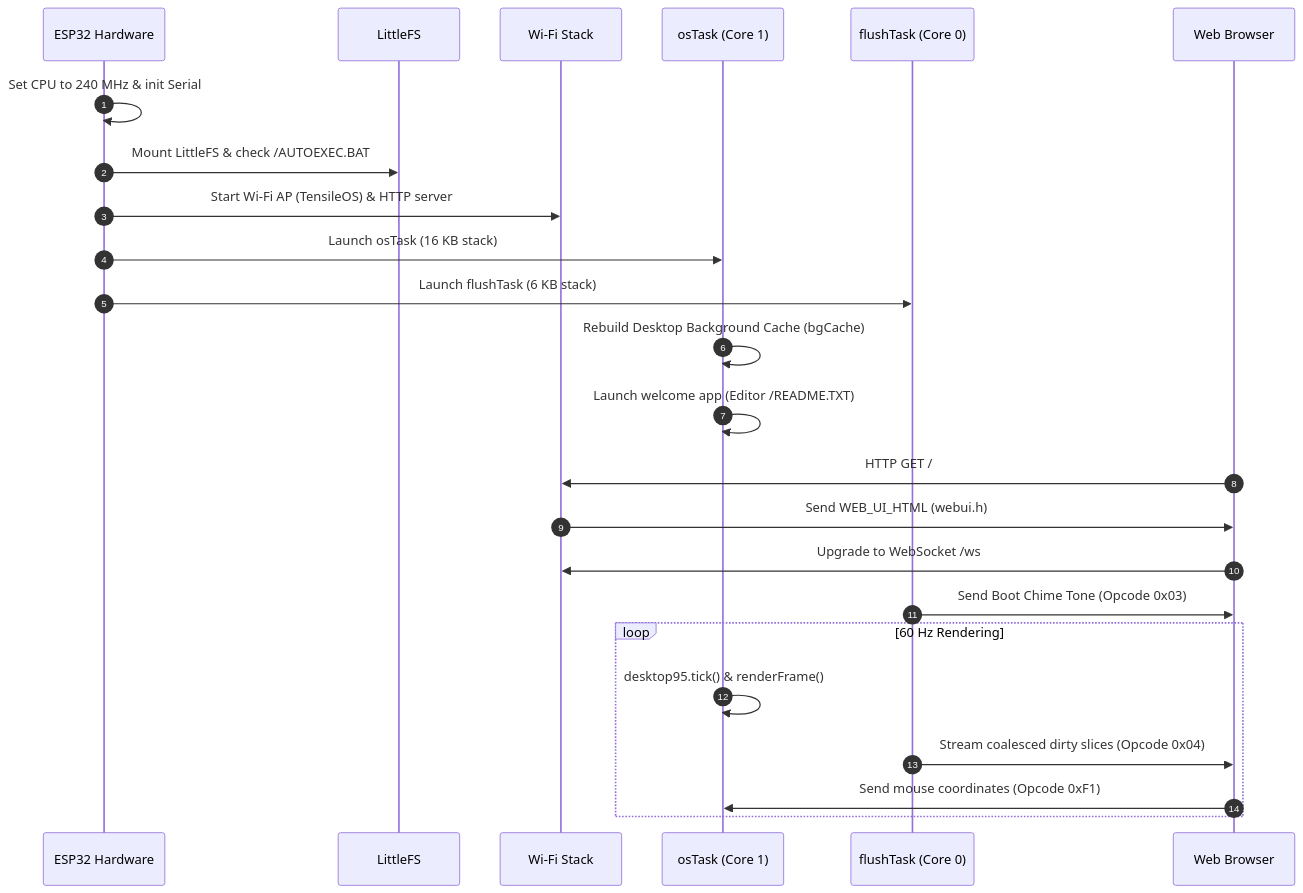
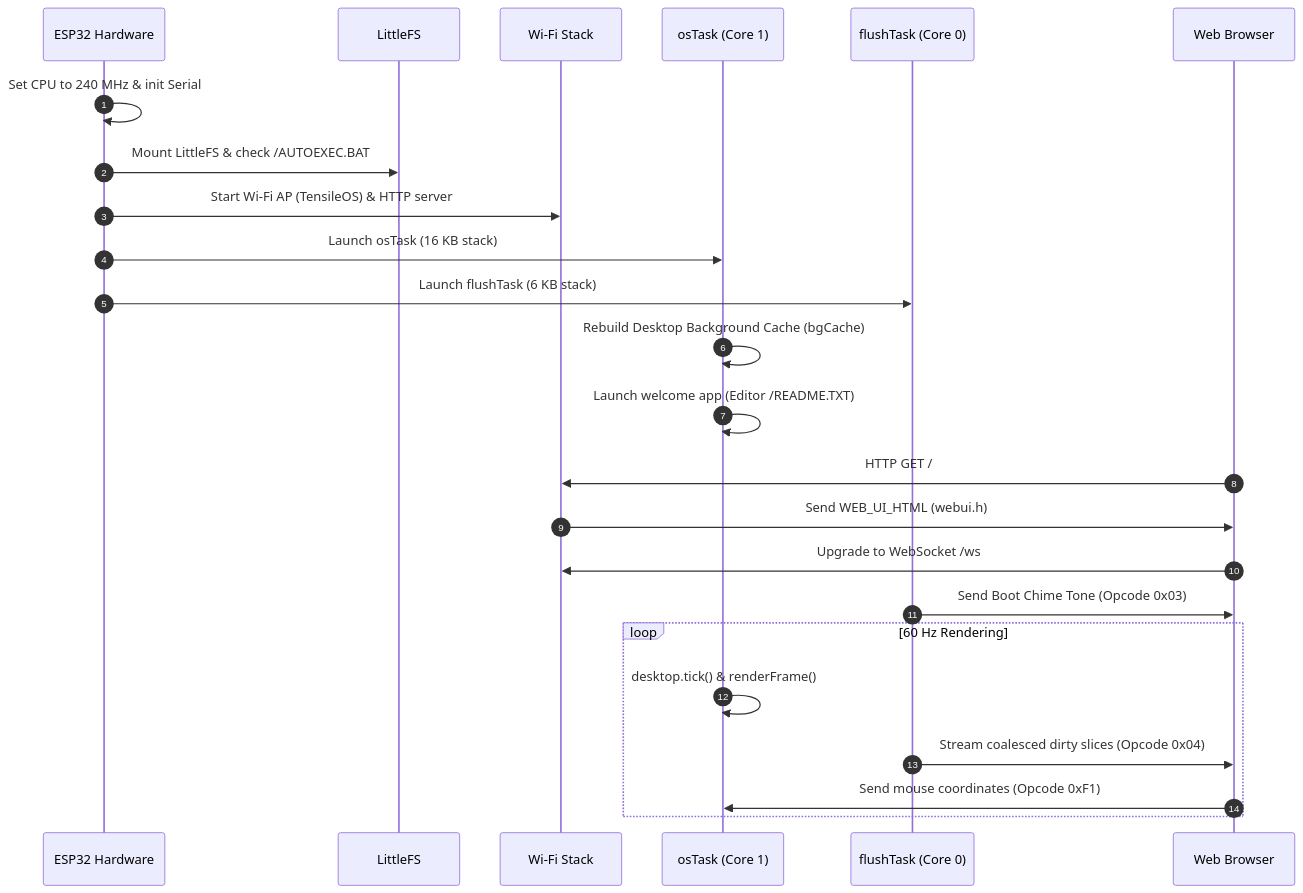
The second of 2 diagrams in docs/architecture.md (siddharth-fr/TensileOS), drawn with Mermaid before and after one commit. The commit also changed other lines of this file and 6 other files, not shown here.

````diff
--- a/docs/architecture.md
+++ b/docs/architecture.md
@@ -80,27 +80,27 @@
 ```mermaid
 sequenceDiagram
     autonumber
     participant ESP as ESP32 Hardware
     participant FS as LittleFS
     participant Net as Wi-Fi Stack
     participant Core1 as osTask (Core 1)
     participant Core0 as flushTask (Core 0)
     participant Client as Web Browser
 
     ESP->>ESP: Set CPU to 240 MHz & init Serial
     ESP->>FS: Mount LittleFS & check /AUTOEXEC.BAT
     ESP->>Net: Start Wi-Fi AP (TensileOS) & HTTP server
     ESP->>Core1: Launch osTask (16 KB stack)
     ESP->>Core0: Launch flushTask (6 KB stack)
     Core1->>Core1: Rebuild Desktop Background Cache (bgCache)
     Core1->>Core1: Launch welcome app (Editor /README.TXT)
     Client->>Net: HTTP GET /
     Net->>Client: Send WEB_UI_HTML (webui.h)
     Client->>Net: Upgrade to WebSocket /ws
     Core0->>Client: Send Boot Chime Tone (Opcode 0x03)
     loop 60 Hz Rendering
-        Core1->>Core1: desktop95.tick() & renderFrame()
+        Core1->>Core1: desktop.tick() & renderFrame()
         Core0->>Client: Stream coalesced dirty slices (Opcode 0x04)
         Client->>Core1: Send mouse coordinates (Opcode 0xF1)
     end
 ```
````
